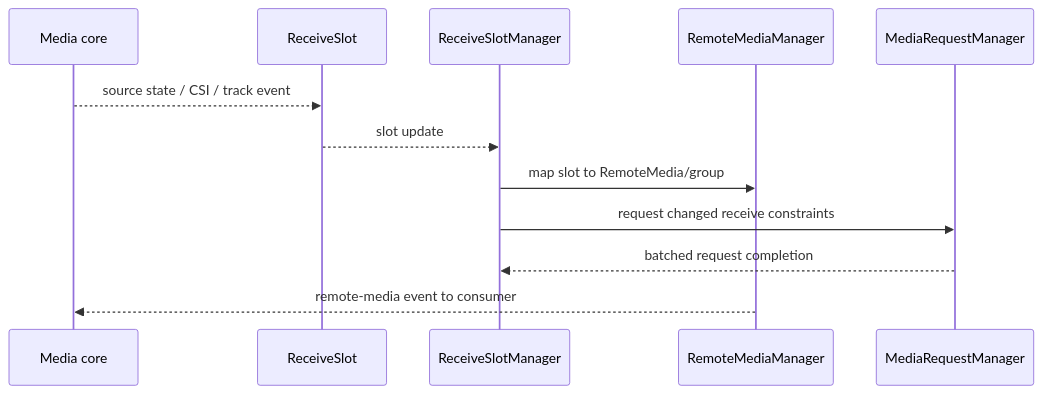
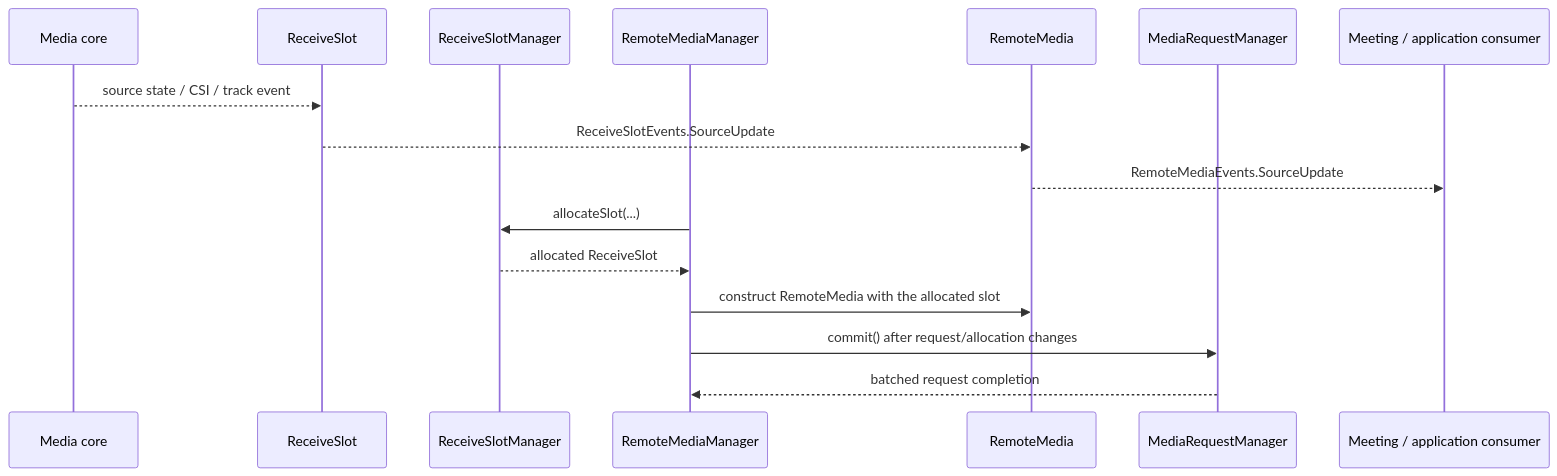
One commit to webex/webex-js-sdk changed the second of 5 diagrams in packages/@webex/plugin-meetings/src/multistream/ai-docs/multistream-spec.md. Above: the diagram before and after it, drawn with Mermaid. The commit also changed other lines of this file and 24 other files, not shown here.

````diff
--- a/packages/@webex/plugin-meetings/src/multistream/ai-docs/multistream-spec.md
+++ b/packages/@webex/plugin-meetings/src/multistream/ai-docs/multistream-spec.md
@@ -132,14 +153,18 @@
 ```mermaid
 sequenceDiagram
   participant C as Media core
   participant S as ReceiveSlot
-  participant M as ReceiveSlotManager
-  participant R as RemoteMediaManager
+  participant P as ReceiveSlotManager
+  participant M as RemoteMediaManager
+  participant R as RemoteMedia
   participant Q as MediaRequestManager
+  participant A as Meeting / application consumer
   C-->>S: source state / CSI / track event
-  S-->>M: slot update
-  M->>R: map slot to RemoteMedia/group
-  M->>Q: request changed receive constraints
+  S-->>R: ReceiveSlotEvents.SourceUpdate
+  R-->>A: RemoteMediaEvents.SourceUpdate
+  M->>P: allocateSlot(...)
+  P-->>M: allocated ReceiveSlot
+  M->>R: construct RemoteMedia with the allocated slot
+  M->>Q: commit() after request/allocation changes
   Q-->>M: batched request completion
-  R-->>C: remote-media event to consumer
 ```
````
